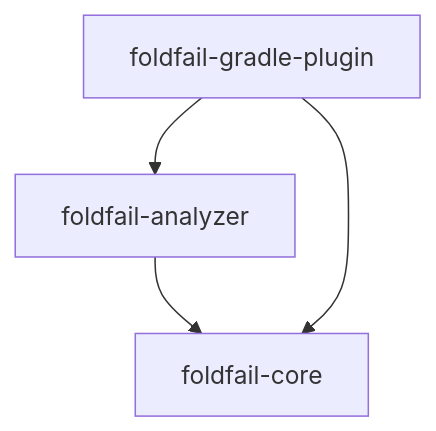
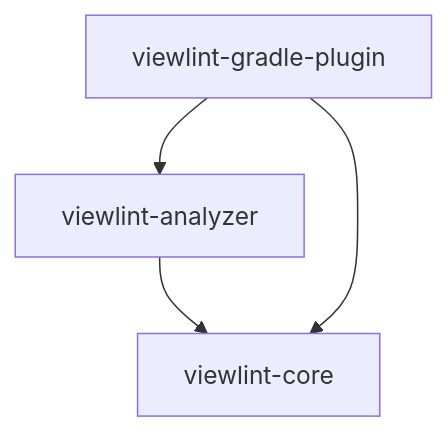
Before and after one commit to dev-vikas-soni/fold-fail: the diagram in docs/architecture.md, drawn with Mermaid. The commit also changed other lines of this file and 77 other files, not shown here.

````diff
--- a/docs/architecture.md
+++ b/docs/architecture.md
@@ -12,6 +12,6 @@
 ```mermaid
 graph TD
-    A[foldfail-gradle-plugin] --> B[foldfail-analyzer]
-    B --> C[foldfail-core]
+    A[viewlint-gradle-plugin] --> B[viewlint-analyzer]
+    B --> C[viewlint-core]
     A --> C
 ```
````
